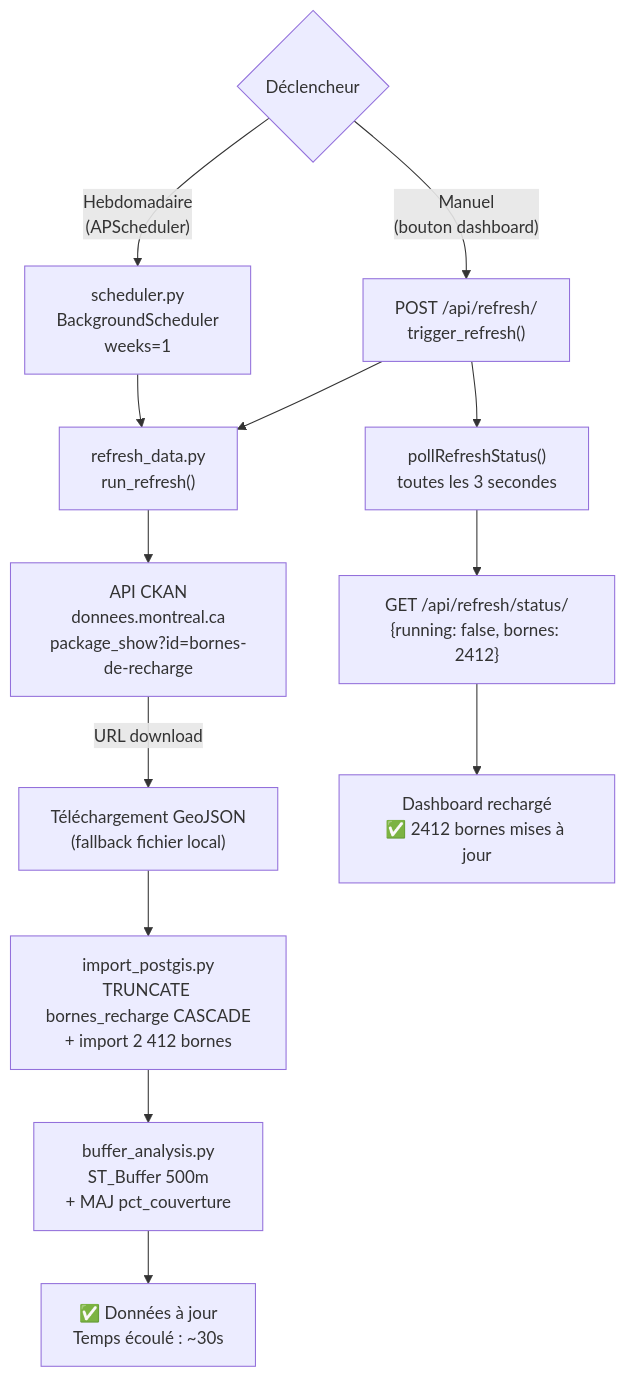
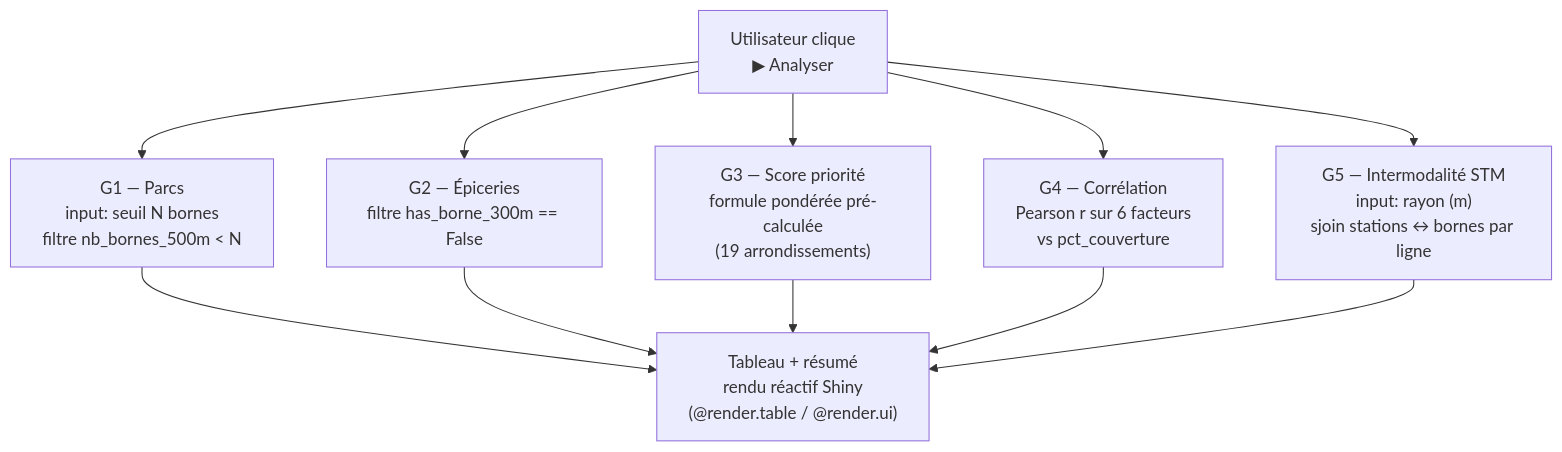
One commit to modou5604501/projet_Session changed the fourth of 4 diagrams in DIAGRAMME_MERMAID.md. Above: the diagram before and after it, drawn with Mermaid. The commit also changed other lines of this file and 5 other files, not shown here.

````diff
--- a/DIAGRAMME_MERMAID.md
+++ b/DIAGRAMME_MERMAID.md
@@ -155,20 +145,16 @@
 ```mermaid
 flowchart TD
-    TRIGGER{"Déclencheur"}
+    USER["Utilisateur clique\n▶ Analyser"]
 
-    TRIGGER -- "Hebdomadaire\n(APScheduler)" --> SCHED["scheduler.py\nBackgroundScheduler\nweeks=1"]
-    TRIGGER -- "Manuel\n(bouton dashboard)" --> BTN["POST /api/refresh/\ntrigger_refresh()"]
+    USER --> G1["G1 — Parcs\ninput: seuil N bornes\nfiltre nb_bornes_500m < N"]
+    USER --> G2["G2 — Épiceries\nfiltre has_borne_300m == False"]
+    USER --> G3["G3 — Score priorité\nformule pondérée pré-calculée\n(19 arrondissements)"]
+    USER --> G4["G4 — Corrélation\nPearson r sur 6 facteurs\nvs pct_couverture"]
+    USER --> G5["G5 — Intermodalité STM\ninput: rayon (m)\nsjoin stations ↔ bornes par ligne"]
 
-    SCHED --> REFRESH["refresh_data.py\nrun_refresh()"]
-    BTN   --> REFRESH
-
-    REFRESH --> CKAN["API CKAN\ndonnees.montreal.ca\npackage_show?id=bornes-de-recharge"]
-    CKAN -- "URL download" --> DL["Téléchargement GeoJSON\n(fallback fichier local)"]
-    DL --> IMP["import_postgis.py\nTRUNCATE bornes_recharge CASCADE\n+ import 2 412 bornes"]
-    IMP --> BUF["buffer_analysis.py\nST_Buffer 500m\n+ MAJ pct_couverture"]
-    BUF --> DONE["✅ Données à jour\nTemps écoulé : ~30s"]
-
-    BTN --> POLL["pollRefreshStatus()\ntoutes les 3 secondes"]
-    POLL --> STATUS["GET /api/refresh/status/\n{running: false, bornes: 2412}"]
-    STATUS --> UI["Dashboard rechargé\n✅ 2412 bornes mises à jour"]
+    G1 --> OUT["Tableau + résumé\nrendu réactif Shiny\n(@render.table / @render.ui)"]
+    G2 --> OUT
+    G3 --> OUT
+    G4 --> OUT
+    G5 --> OUT
 ```
````
